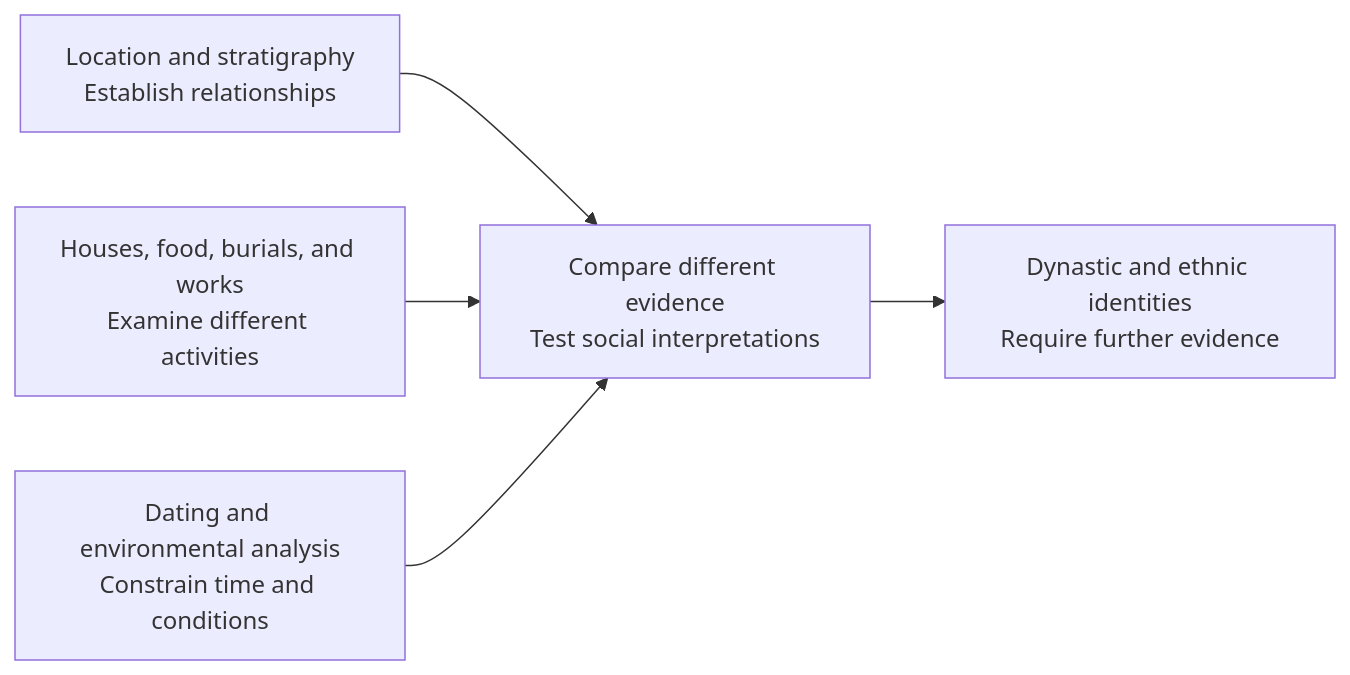
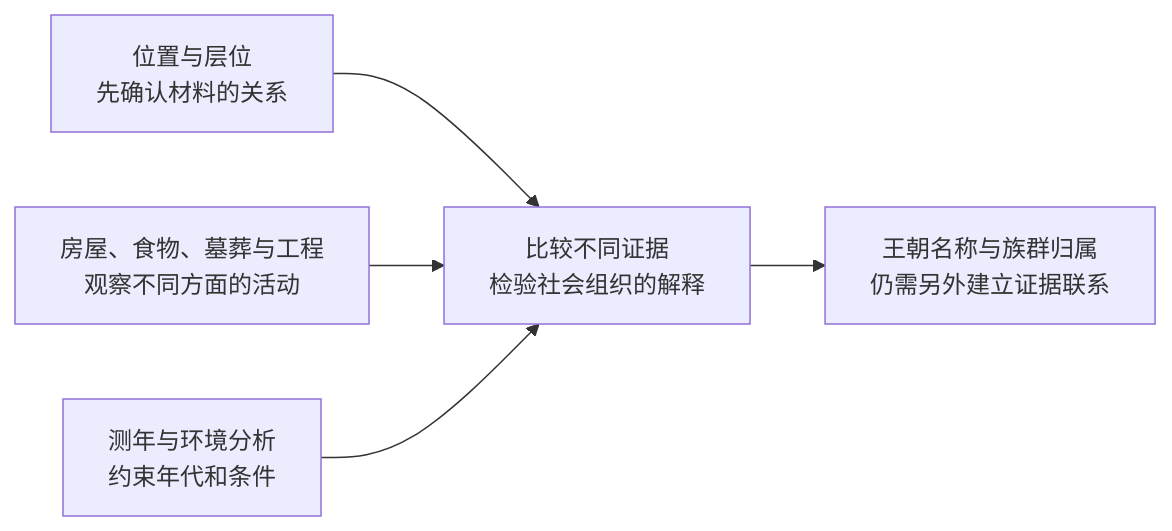
Before and after one commit to xiaoyaohust/eng-digest: the second of 2 diagrams in site/src/content/translations/personal/prehistory-sites-and-archaeological-evidence.md, drawn with Mermaid. The commit also changed other lines of this file and 7 other files, not shown here.

````diff
--- a/site/src/content/translations/personal/prehistory-sites-and-archaeological-evidence.md
+++ b/site/src/content/translations/personal/prehistory-sites-and-archaeological-evidence.md
@@ -153,7 +153,7 @@
 ```mermaid
 flowchart LR
-    A["Location and stratigraphy<br/>Establish relationships"] --> D["Compare different evidence<br/>Test social interpretations"]
-    B["Houses, food, burials, and works<br/>Examine different activities"] --> D
-    C["Dating and environmental analysis<br/>Constrain time and conditions"] --> D
-    D --> E["Dynastic and ethnic identities<br/>Require further evidence"]
+    A["位置与层位<br/>先确认材料的关系"] --> D["比较不同证据<br/>检验社会组织的解释"]
+    B["房屋、食物、墓葬与工程<br/>观察不同方面的活动"] --> D
+    C["测年与环境分析<br/>约束年代和条件"] --> D
+    D --> E["王朝名称与族群归属<br/>仍需另外建立证据联系"]
 ```
````
